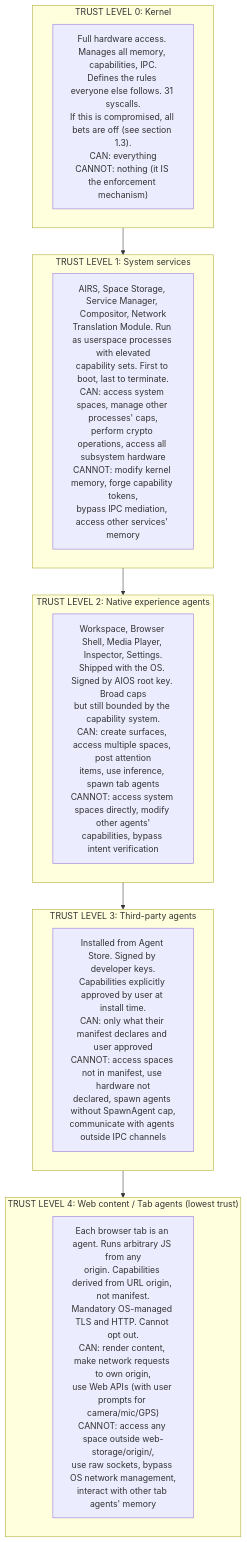
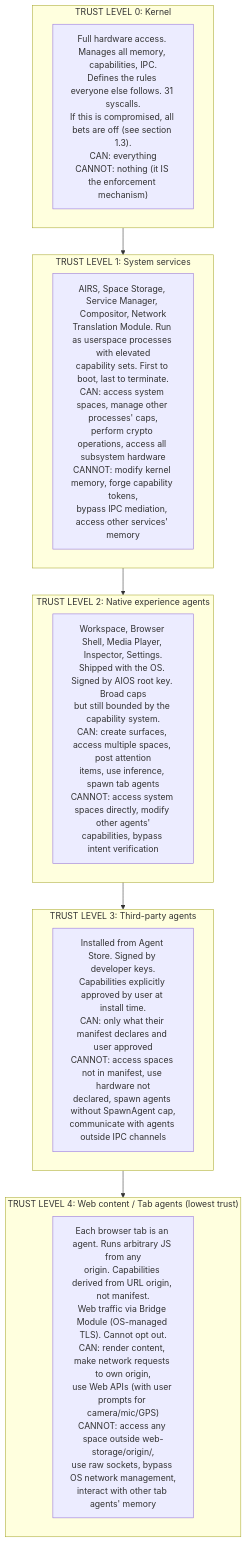
The diagram in docs/security/model.md (juslee/aios), drawn with Mermaid before and after one commit. The commit also changed other lines of this file and 74 other files, not shown here.

````diff
--- a/docs/security/model.md
+++ b/docs/security/model.md
@@ -55,53 +55,53 @@
 ```mermaid
 flowchart TD
     subgraph TL0["TRUST LEVEL 0: Kernel"]
         TL0_desc["`Full hardware access. Manages all memory, capabilities, IPC.
 Defines the rules everyone else follows. 31 syscalls.
 If this is compromised, all bets are off (see section 1.3).
 
 CAN: everything
 CANNOT: nothing (it IS the enforcement mechanism)`"]
     end
     subgraph TL1["TRUST LEVEL 1: System services"]
         TL1_desc["`AIRS, Space Storage, Service Manager, Compositor, Network
 Translation Module. Run as userspace processes with elevated
 capability sets. First to boot, last to terminate.
 
 CAN: access system spaces, manage other processes' caps,
 perform crypto operations, access all subsystem hardware
 CANNOT: modify kernel memory, forge capability tokens,
 bypass IPC mediation, access other services' memory`"]
     end
     subgraph TL2["TRUST LEVEL 2: Native experience agents"]
         TL2_desc["`Workspace, Browser Shell, Media Player, Inspector, Settings.
 Shipped with the OS. Signed by AIOS root key. Broad caps
 but still bounded by the capability system.
 
 CAN: create surfaces, access multiple spaces, post attention
 items, use inference, spawn tab agents
 CANNOT: access system spaces directly, modify other agents'
 capabilities, bypass intent verification`"]
     end
     subgraph TL3["TRUST LEVEL 3: Third-party agents"]
         TL3_desc["`Installed from Agent Store. Signed by developer keys.
 Capabilities explicitly approved by user at install time.
 
 CAN: only what their manifest declares and user approved
 CANNOT: access spaces not in manifest, use hardware not
 declared, spawn agents without SpawnAgent cap,
 communicate with agents outside IPC channels`"]
     end
     subgraph TL4["TRUST LEVEL 4: Web content / Tab agents (lowest trust)"]
         TL4_desc["`Each browser tab is an agent. Runs arbitrary JS from any
 origin. Capabilities derived from URL origin, not manifest.
-Mandatory OS-managed TLS and HTTP. Cannot opt out.
+Web traffic via Bridge Module (OS-managed TLS). Cannot opt out.
 
 CAN: render content, make network requests to own origin,
 use Web APIs (with user prompts for camera/mic/GPS)
 CANNOT: access any space outside web-storage/origin/,
 use raw sockets, bypass OS network management,
 interact with other tab agents' memory`"]
     end
 
     TL0 --> TL1 --> TL2 --> TL3 --> TL4
 ```
````
